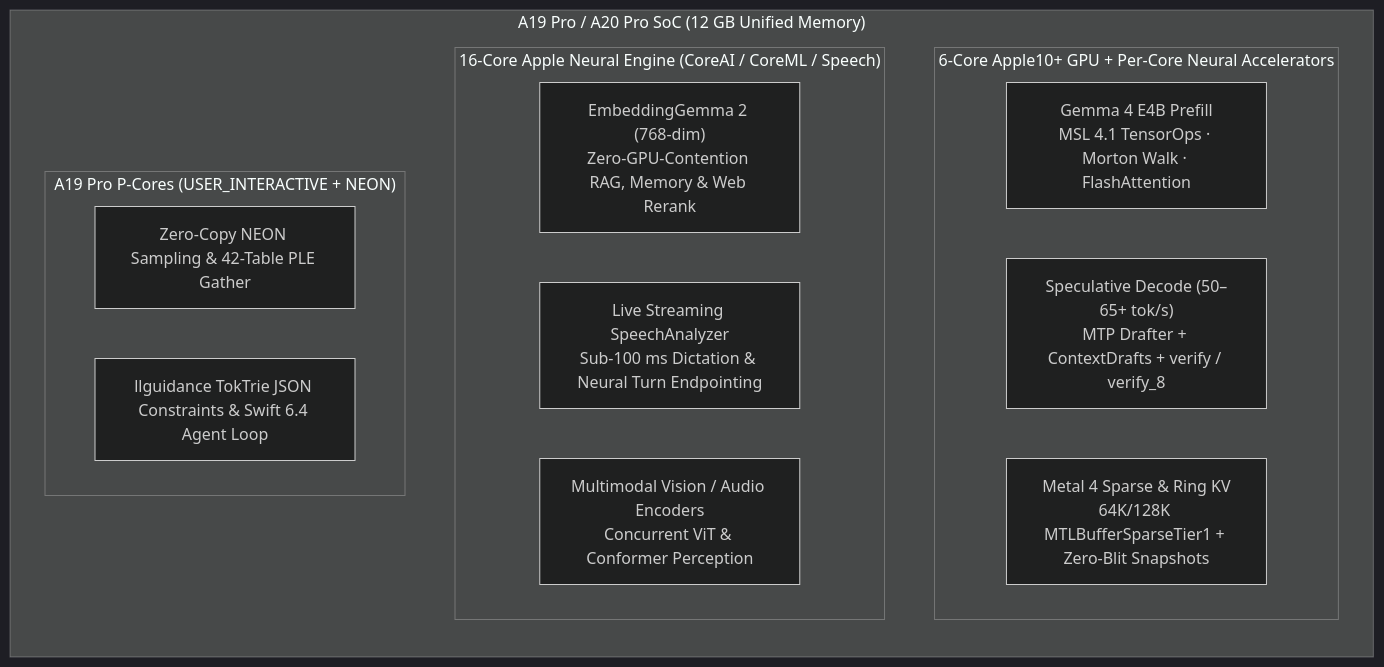
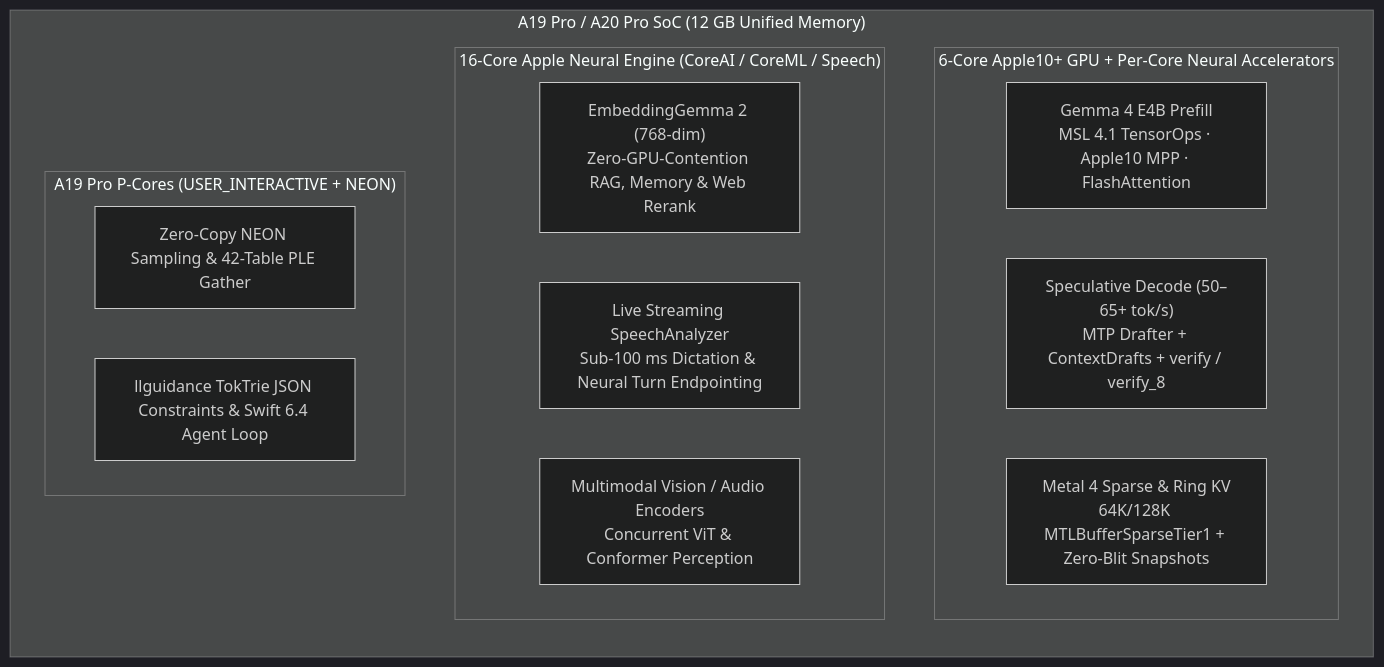
Before and after one commit to PowerBeef/Agello: the diagram in docs/ROADMAP.md, drawn with Mermaid (dark theme). The commit also changed other lines of this file and 31 other files, not shown here.

````diff
--- a/docs/ROADMAP.md
+++ b/docs/ROADMAP.md
@@ -105,21 +27,21 @@
 ```mermaid
 flowchart LR
   subgraph A19Pro["A19 Pro / A20 Pro SoC (12 GB Unified Memory)"]
     subgraph GPU["6-Core Apple10+ GPU + Per-Core Neural Accelerators"]
-      G1["Gemma 4 E4B Prefill<br/>MSL 4.1 TensorOps · Morton Walk · FlashAttention"]
+      G1["Gemma 4 E4B Prefill<br/>MSL 4.1 TensorOps · Apple10 MPP · FlashAttention"]
       G2["Speculative Decode (50–65+ tok/s)<br/>MTP Drafter + ContextDrafts + verify / verify_8"]
       G3["Metal 4 Sparse & Ring KV<br/>64K/128K MTLBufferSparseTier1 + Zero-Blit Snapshots"]
     end
 
     subgraph ANE["16-Core Apple Neural Engine (CoreAI / CoreML / Speech)"]
       N1["EmbeddingGemma 2 (768-dim)<br/>Zero-GPU-Contention RAG, Memory & Web Rerank"]
       N2["Live Streaming SpeechAnalyzer<br/>Sub-100 ms Dictation & Neural Turn Endpointing"]
       N3["Multimodal Vision / Audio Encoders<br/>Concurrent ViT & Conformer Perception"]
     end
 
     subgraph CPU["A19 Pro P-Cores (USER_INTERACTIVE + NEON)"]
       C1["Zero-Copy NEON Sampling & 42-Table PLE Gather"]
       C2["llguidance TokTrie JSON Constraints & Swift 6.4 Agent Loop"]
     end
   end
 ```
````
